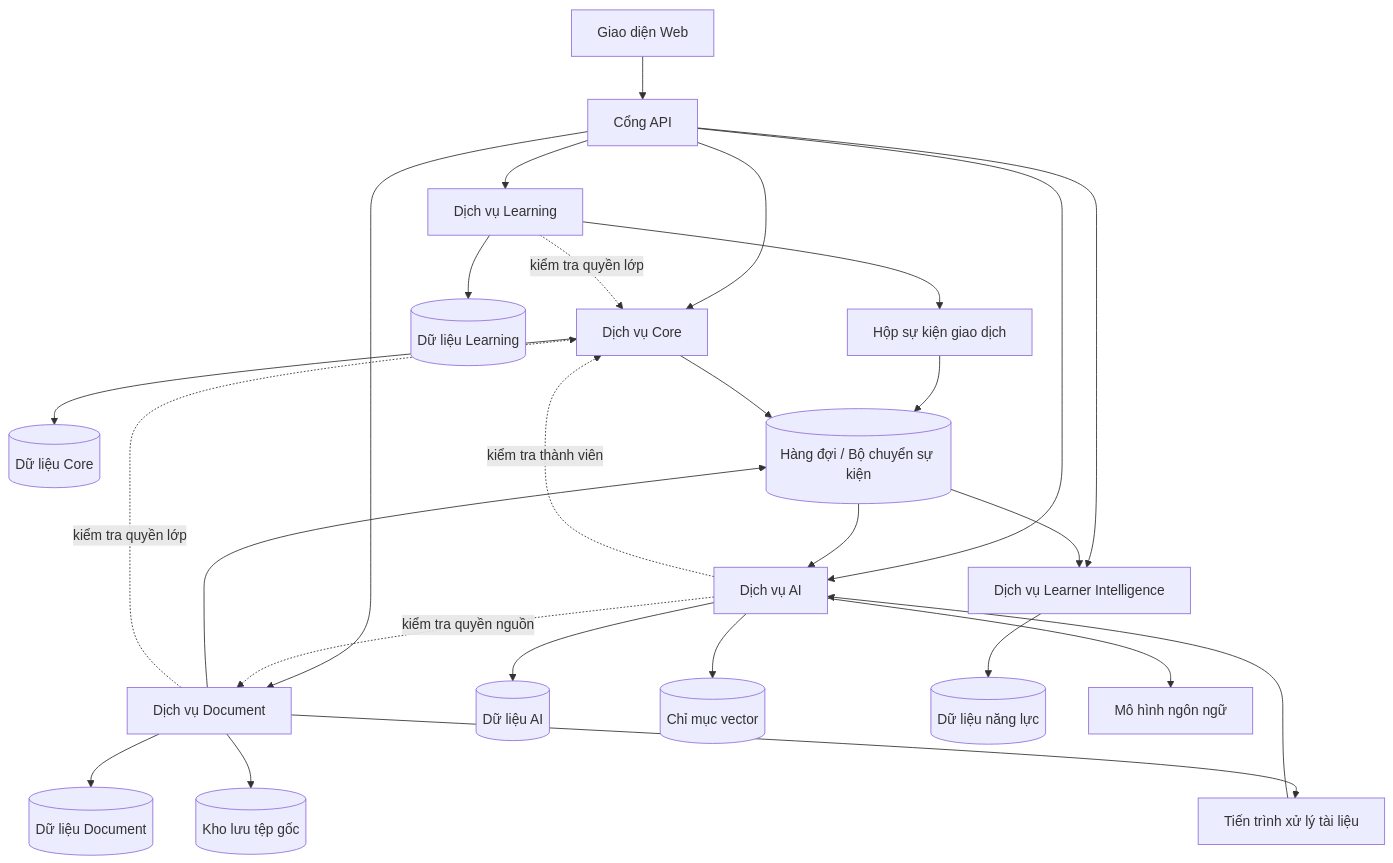
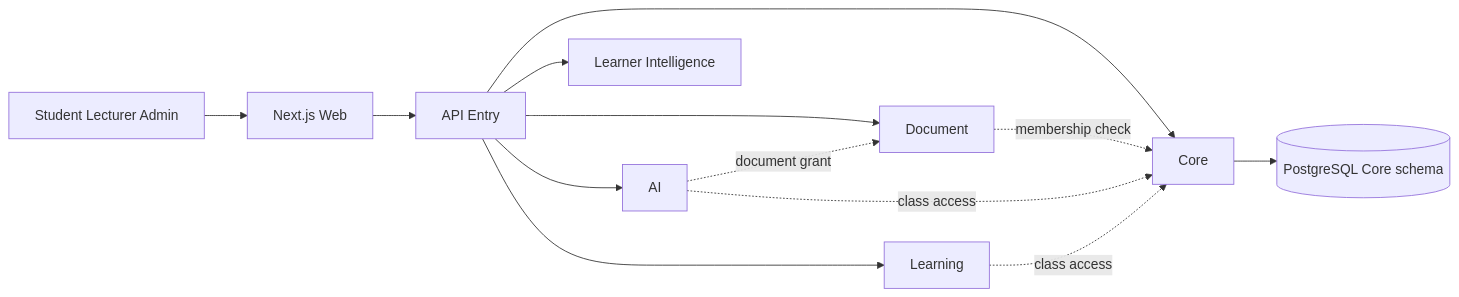
The diagram in docs/architect/microservices-v1/ARCHITECTURE.md (4-chang-linh-ngu-lam/SE2026_T09_RAG_course_assistant), drawn with Mermaid before and after one commit. The commit also changed other lines of this file and 9 other files, not shown here.

Commit message:
docs: finalize Core-first monorepo architecture and implementation contracts

````diff
--- a/docs/architect/microservices-v1/ARCHITECTURE.md
+++ b/docs/architect/microservices-v1/ARCHITECTURE.md
@@ -33,29 +8,15 @@
 ```mermaid
-flowchart TB
-  Web[Giao diện Web] --> Gateway[Cổng API]
-  Gateway --> Core[Dịch vụ Core]
-  Gateway --> Doc[Dịch vụ Document]
-  Gateway --> Learn[Dịch vụ Learning]
-  Gateway --> AI[Dịch vụ AI]
-  Gateway --> Intel[Dịch vụ Learner Intelligence]
-  Core --> CDB[(Dữ liệu Core)]
-  Doc --> DDB[(Dữ liệu Document)]
-  Doc --> Store[(Kho lưu tệp gốc)]
-  Learn --> LDB[(Dữ liệu Learning)]
-  AI --> ADB[(Dữ liệu AI)]
-  AI --> Vector[(Chỉ mục vector)]
-  Intel --> IDB[(Dữ liệu năng lực)]
-  Learn --> Outbox[Hộp sự kiện giao dịch]
-  Outbox --> Bus[(Hàng đợi / Bộ chuyển sự kiện)]
-  Doc --> Bus
-  Core --> Bus
-  Bus --> Intel
-  Bus --> AI
-  Doc --> Worker[Tiến trình xử lý tài liệu]
-  Worker --> AI
-  AI --> LLM[Mô hình ngôn ngữ]
-  AI -. kiểm tra thành viên .-> Core
-  AI -. kiểm tra quyền nguồn .-> Doc
-  Learn -. kiểm tra quyền lớp .-> Core
-  Doc -. kiểm tra quyền lớp .-> Core
+flowchart LR
+  U[Student Lecturer Admin] --> W[Next.js Web]
+  W --> G[API Entry]
+  G --> C[Core]
+  G --> D[Document]
+  G --> A[AI]
+  G --> L[Learning]
+  G --> I[Learner Intelligence]
+  C --> P[(PostgreSQL Core schema)]
+  D -. membership check .-> C
+  A -. class access .-> C
+  A -. document grant .-> D
+  L -. class access .-> C
 ```
````
